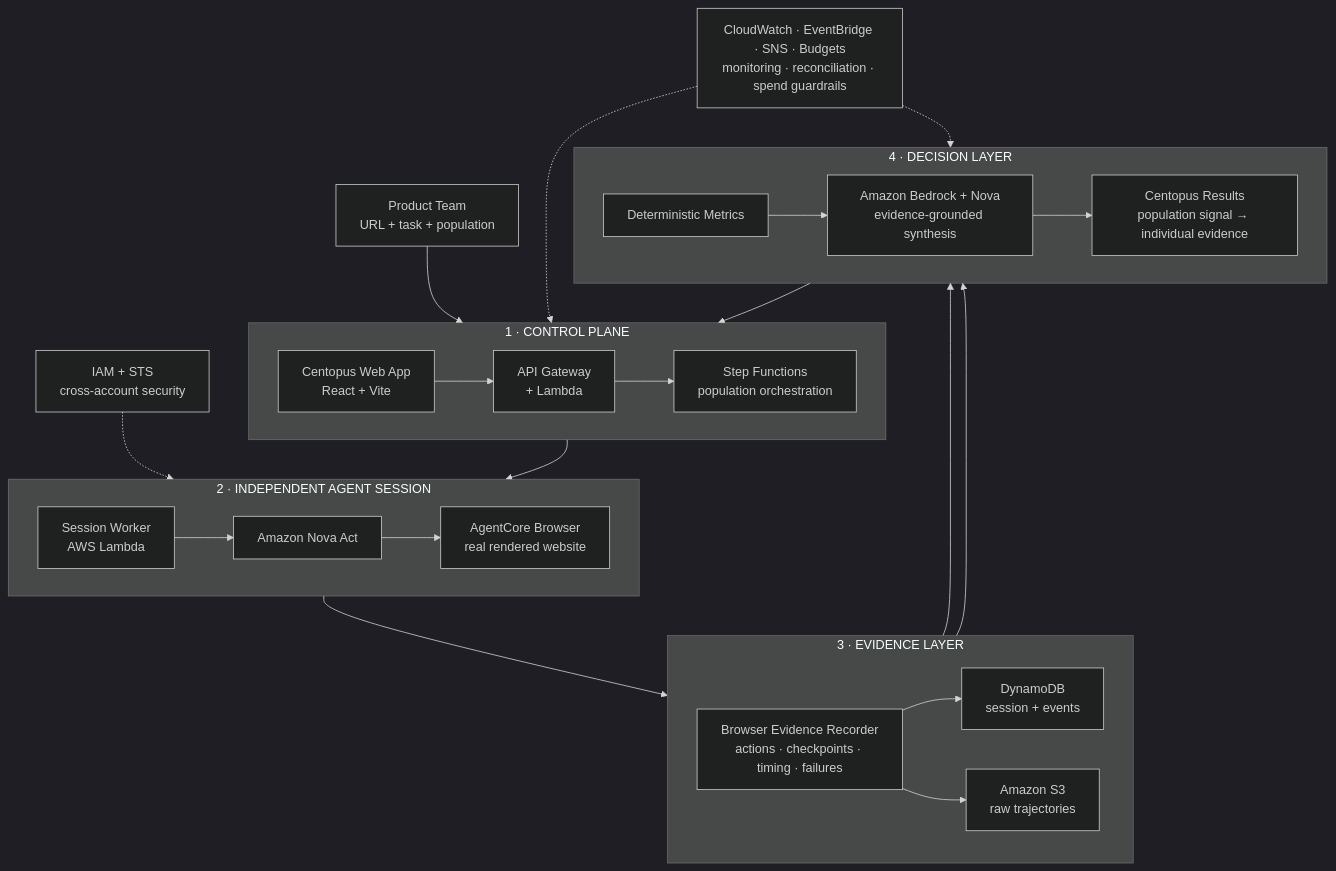
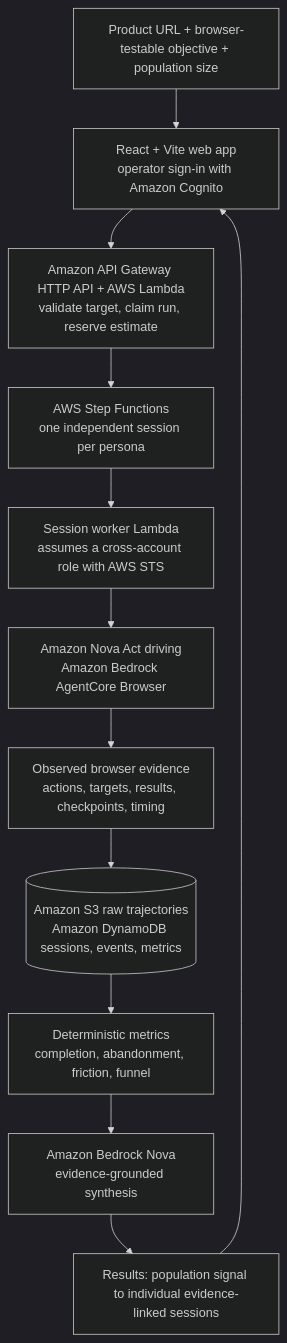
One commit to SaiKrishna181707/BetaVersion changed the diagram in README.md. Above: the diagram before and after it, drawn with Mermaid (dark theme). The commit also changed other lines of this file, not shown here.

````diff
--- a/README.md
+++ b/README.md
@@ -110,48 +102,16 @@
 ```mermaid
 flowchart TB
-    USER["Product Team<br/>URL + task + population"]
+    A[Product URL + browser-testable objective + population size]
+    B[React + Vite web app<br/>operator sign-in with Amazon Cognito]
+    C[Amazon API Gateway HTTP API + AWS Lambda<br/>validate target, claim run, reserve estimate]
+    D[AWS Step Functions<br/>one independent session per persona]
+    E[Session worker Lambda<br/>assumes a cross-account role with AWS STS]
+    F[Amazon Nova Act driving<br/>Amazon Bedrock AgentCore Browser]
+    G[Observed browser evidence<br/>actions, targets, results, checkpoints, timing]
+    H[(Amazon S3 raw trajectories<br/>Amazon DynamoDB sessions, events, metrics)]
+    I[Deterministic metrics<br/>completion, abandonment, friction, funnel]
+    J[Amazon Bedrock Nova<br/>evidence-grounded synthesis]
+    K[Results: population signal to individual evidence-linked sessions]
 
-    subgraph CONTROL["1 · CONTROL PLANE"]
-      direction LR
-      WEB["Centopus Web App<br/>React + Vite"]
-      API["API Gateway<br/>+ Lambda"]
-      ORCH["Step Functions<br/>population orchestration"]
-      WEB --> API --> ORCH
-    end
-
-    subgraph AGENT["2 · INDEPENDENT AGENT SESSION"]
-      direction LR
-      WORKER["Session Worker<br/>AWS Lambda"]
-      NOVA["Amazon Nova Act"]
-      BROWSER["AgentCore Browser<br/>real rendered website"]
-      WORKER --> NOVA --> BROWSER
-    end
-
-    subgraph EVIDENCE["3 · EVIDENCE LAYER"]
-      direction LR
-      REC["Browser Evidence Recorder<br/>actions · checkpoints · timing · failures"]
-      DDB["DynamoDB<br/>session + events"]
-      S3["Amazon S3<br/>raw trajectories"]
-      REC --> DDB
-      REC --> S3
-    end
-
-    subgraph RESULT["4 · DECISION LAYER"]
-      direction LR
-      METRICS["Deterministic Metrics"]
-      SYNTH["Amazon Bedrock + Nova<br/>evidence-grounded synthesis"]
-      OUT["Centopus Results<br/>population signal → individual evidence"]
-      METRICS --> SYNTH --> OUT
-    end
-
-    USER --> WEB
-    ORCH --> WORKER
-    BROWSER --> REC
-    DDB --> METRICS
-    S3 --> METRICS
-    OUT --> WEB
-
-    SECURITY["IAM + STS<br/>cross-account security"] -.-> WORKER
-    OPS["CloudWatch · EventBridge · SNS · Budgets<br/>monitoring · reconciliation · spend guardrails"] -.-> ORCH
-    OPS -.-> METRICS
+    A --> B --> C --> D --> E --> F --> G --> H --> I --> J --> K --> B
 ```
````
